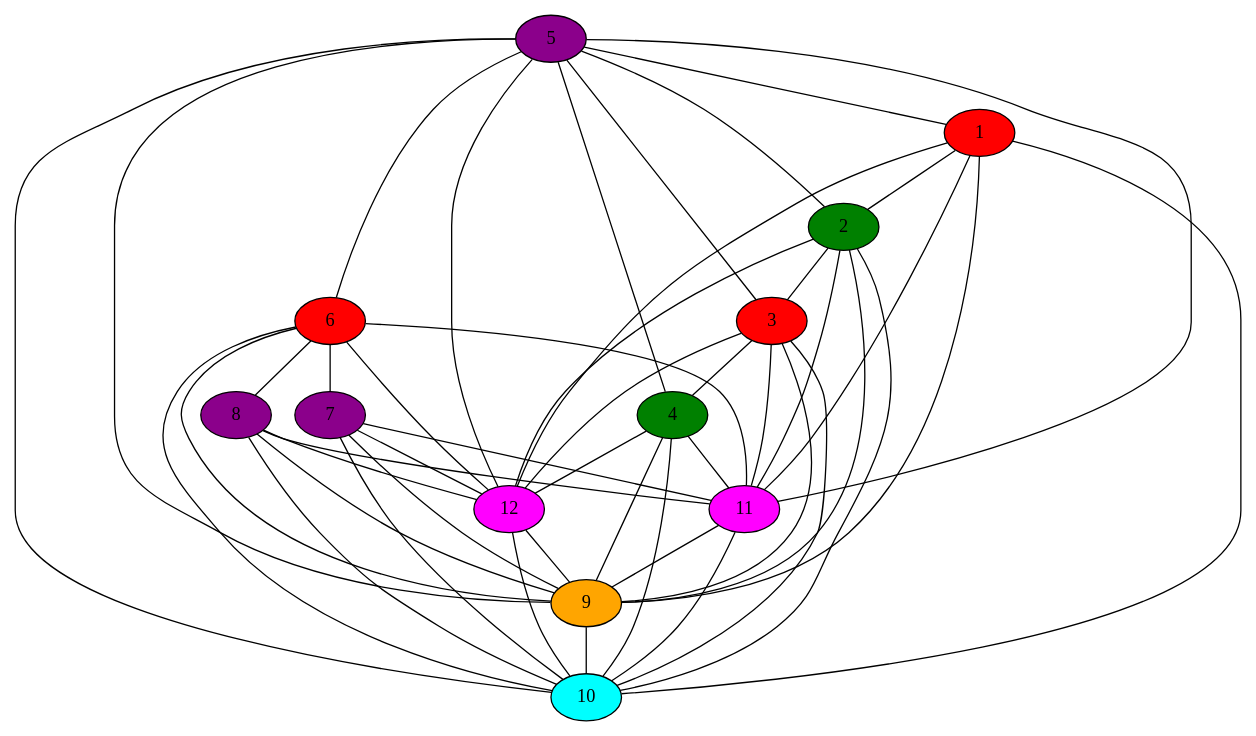
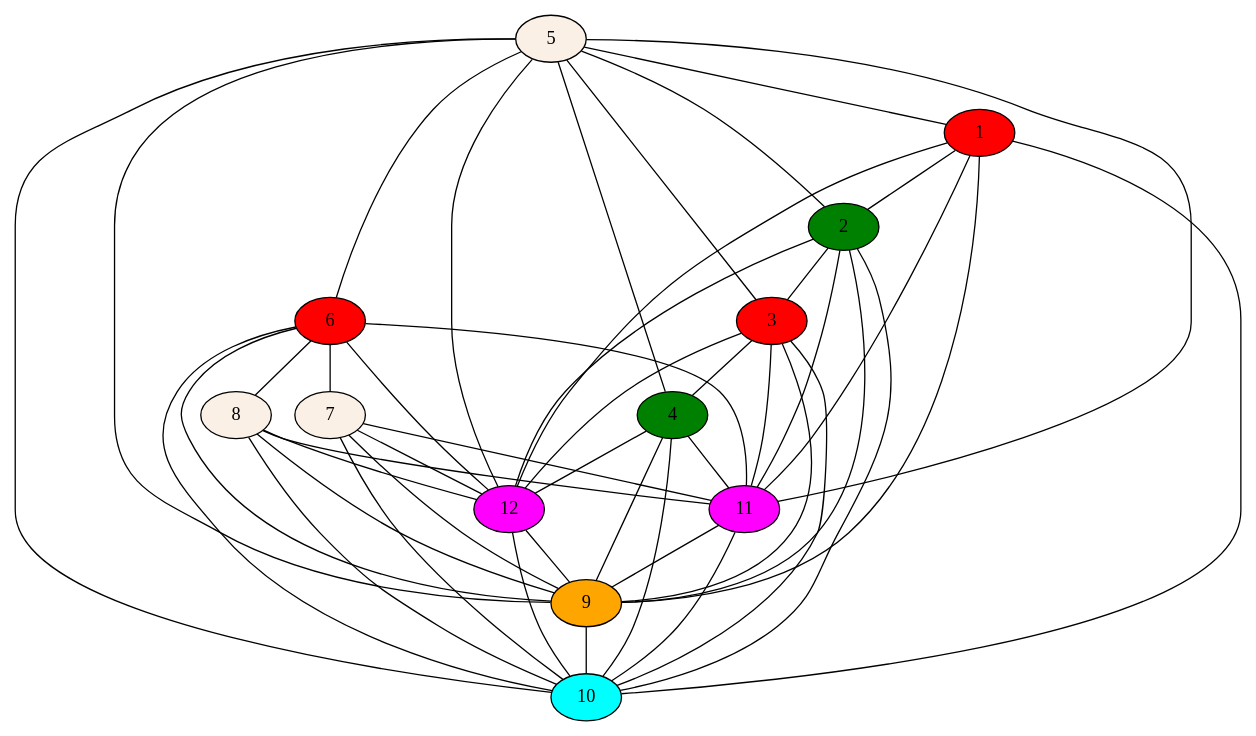
The diagram in Paper/Strategies10.dot (MrBoboGet/BachelorThesis), drawn with Graphviz before and after one commit. The commit also changed 9 other files, not shown here.

```diff
--- a/Paper/Strategies10.dot
+++ b/Paper/Strategies10.dot
@@ -1,29 +1,30 @@
 graph
 {
     node [style="filled"]
     1 -- 2
     2 -- 3
     3 -- 4
 
     5 -- {1 2 3 4 6}
     
     6 -- {7 8}
 
     9 -- 10
     11 -- {9 10}
     12 -- {9 10}
 
     {1 2 3 4 5 6 7 8} -- {9 10 11 12}
     1 [fillcolor="red"]
     2 [fillcolor="green"]
     3 [fillcolor="red"]
     4 [fillcolor="green"]
-    5 [fillcolor="darkmagenta"]
+    5 [fillcolor="linen"]
     6 [fillcolor="red"]
-    7 [fillcolor="darkmagenta"]
-    8 [fillcolor="darkmagenta"]
+
+    7 [fillcolor="linen"]
+    8 [fillcolor="linen"]
     9 [fillcolor="orange"]
     10 [fillcolor="cyan"]
     11 [fillcolor="magenta"]
     12 [fillcolor="magenta"]
 }
```
